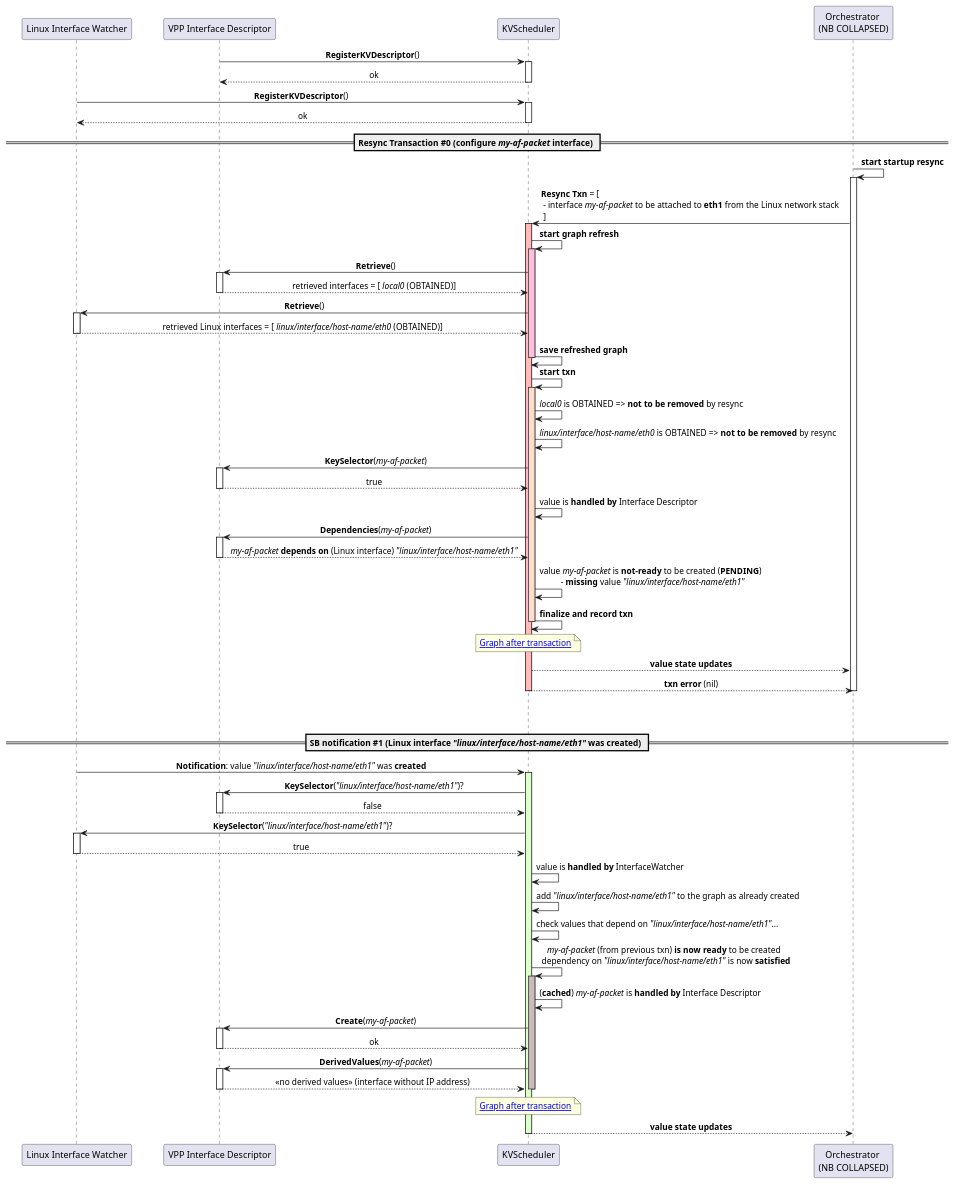
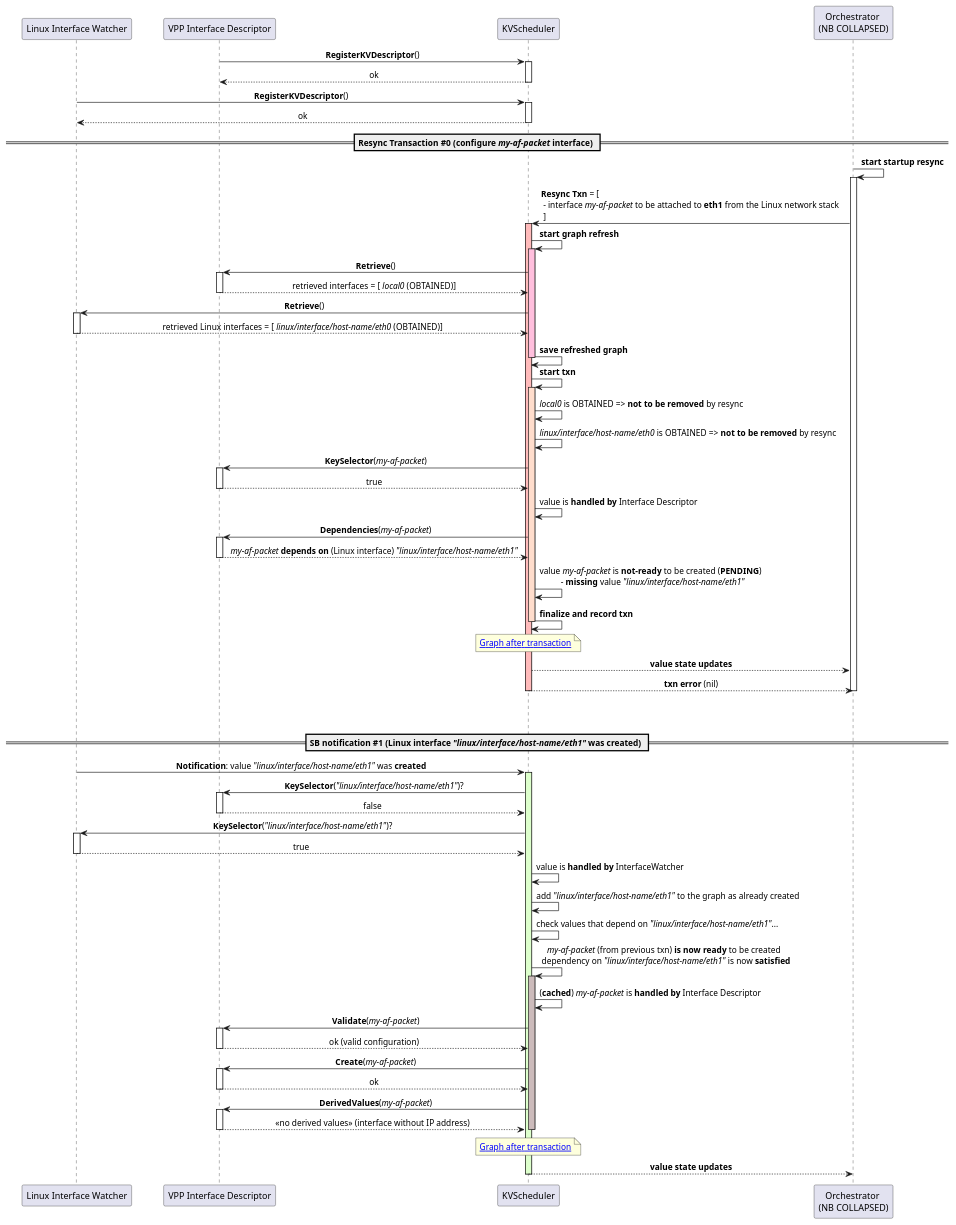
Before and after one commit to ligato/vpp-agent: the diagram in docs/kvscheduler/cfd/uml/add_af_packet_interface.puml, drawn with PlantUML. The commit also changed 21 other files, not shown here.

```diff
--- a/docs/kvscheduler/cfd/uml/add_af_packet_interface.puml
+++ b/docs/kvscheduler/cfd/uml/add_af_packet_interface.puml
@@ -1,105 +1,109 @@
 @startuml
 
 skinparam ParticipantPadding 20
 skinparam BoxPadding 10
 skinparam SequenceMessageAlign center
 
 participant IW as "Linux Interface Watcher"
 participant ID as "VPP Interface Descriptor"
 participant KVS as "KVScheduler"
 participant ORCH as "Orchestrator \n(NB COLLAPSED)"
 
 ID -> KVS: **RegisterKVDescriptor**()
 activate KVS
  KVS --> ID: ok
 deactivate KVS
 IW -> KVS: **RegisterKVDescriptor**()
 activate KVS
  KVS --> IW: ok
 deactivate KVS
 
 == Resync Transaction #0 (configure //my-af-packet// interface) ==
 
 ORCH -> ORCH: **start startup resync**
 activate ORCH
 ORCH -> KVS: **Resync Txn** = [\l - interface //my-af-packet// to be attached to **eth1** from the Linux network stack \l ]
 
 activate KVS  #FFBBBB
 KVS -> KVS: **start graph refresh**
  activate KVS  #FFBFDD
   KVS -> ID: **Retrieve**()
    activate ID
     ID --> KVS: retrieved interfaces = [ //local0// (OBTAINED)]
    deactivate ID
   KVS -> IW: **Retrieve**()
    activate IW
     IW --> KVS: retrieved Linux interfaces = [ //linux/interface/host-name/eth0// (OBTAINED)]
    deactivate IW
   KVS -> KVS: **save refreshed graph**
  deactivate KVS
 
  KVS -> KVS: **start txn**
   activate KVS  #FFDDCC
    KVS -> KVS: //local0// is OBTAINED => **not to be removed** by resync
    KVS -> KVS: //linux/interface/host-name/eth0// is OBTAINED => **not to be removed** by resync
    KVS -> ID: **KeySelector**(//my-af-packet//)
     activate ID
      ID --> KVS: true
     deactivate ID
    KVS -> KVS: value is **handled by** Interface Descriptor
    KVS -> ID: **Dependencies**(//my-af-packet//)
     activate ID
      ID --> KVS: //my-af-packet// **depends on** (Linux interface) //"linux/interface/host-name/eth1"//
     deactivate ID
    KVS -> KVS: value //my-af-packet// is **not-ready** to be created (**PENDING**) \n - **missing** value //"linux/interface/host-name/eth1"//
 
   KVS -> KVS: **finalize and record txn**
  deactivate KVS
 
  note over KVS: [[https://raw.githubusercontent.com/milanlenco/vpp-agent/kvs-docs/docs/kvscheduler/cfd/graph/afpacket_pending.svg?sanitize=true Graph after transaction]]
 
 KVS --> ORCH: **value state updates**
 KVS --> ORCH: **txn error** (nil)
 deactivate KVS
 deactivate ORCH
 
 |||
 |||
 
 == SB notification #1 (Linux interface //"linux/interface/host-name/eth1"// was created) ==
 
 IW -> KVS: **Notification**: value //"linux/interface/host-name/eth1"// was **created**
  activate KVS #DDFFCC
 
    KVS -> ID: **KeySelector**(//"linux/interface/host-name/eth1"//)?
     activate ID
      ID --> KVS: false
     deactivate ID
    KVS -> IW: **KeySelector**(//"linux/interface/host-name/eth1"//)?
     activate IW
      IW --> KVS: true
     deactivate IW
    KVS -> KVS: value is **handled by** InterfaceWatcher
    KVS -> KVS: add //"linux/interface/host-name/eth1"// to the graph as already created
    KVS -> KVS: check values that depend on //"linux/interface/host-name/eth1"//...
 
    KVS -> KVS: //my-af-packet// (from previous txn) **is now ready** to be created \n dependency on //"linux/interface/host-name/eth1"// is now **satisfied**
     activate KVS #CCBBBB
      KVS -> KVS: (**cached**) //my-af-packet// is **handled by** Interface Descriptor
+     KVS -> ID: **Validate**(//my-af-packet//)
+      activate ID
+       ID --> KVS: ok (valid configuration)
+      deactivate ID
      KVS -> ID: **Create**(//my-af-packet//)
       activate ID
        ID --> KVS: ok
       deactivate ID
      KVS -> ID: **DerivedValues**(//my-af-packet//)
       activate ID
        ID --> KVS: << no derived values >> (interface without IP address)
       deactivate ID
     deactivate KVS
 
   note over KVS: [[https://raw.githubusercontent.com/milanlenco/vpp-agent/kvs-docs/docs/kvscheduler/cfd/graph/afpacket_created.svg?sanitize=true Graph after transaction]]
 
 KVS --> ORCH: **value state updates**
 deactivate KVS
 
 
 @enduml
```
